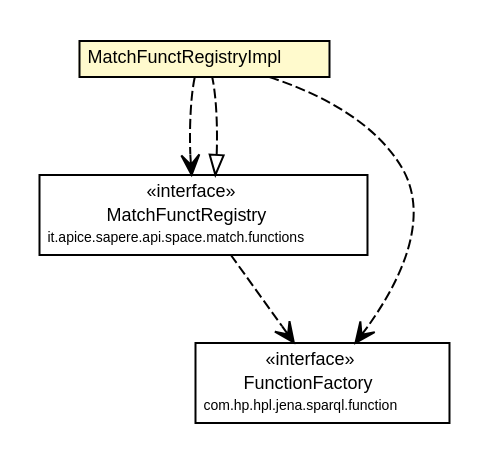
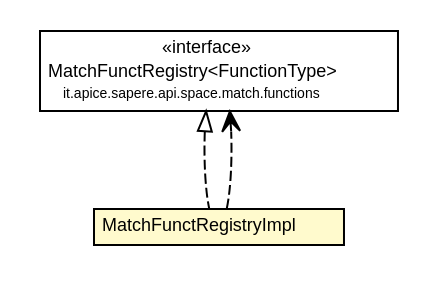
One commit to DanySK/Legacy-Contessi-Thesis-Semantic-Web-SAPERE changed the diagram in deployed-site/apidocs/it/apice/sapere/api/space/match/functions/impl/MatchFunctRegistryImpl.dot. Above: the diagram before and after it, drawn with Graphviz. The commit also changed 2056 other files, not shown here.

```diff
--- a/deployed-site/apidocs/it/apice/sapere/api/space/match/functions/impl/MatchFunctRegistryImpl.dot
+++ b/deployed-site/apidocs/it/apice/sapere/api/space/match/functions/impl/MatchFunctRegistryImpl.dot
@@ -1,40 +1,28 @@
 #!/usr/local/bin/dot
 #
 # Class diagram 
 # Generated by UmlGraph version 4.4 (http://www.spinellis.gr/sw/umlgraph)
 #
 
 digraph G {
 	edge [fontname="Helvetica",fontsize=10,labelfontname="Helvetica",labelfontsize=10];
 	node [fontname="Helvetica",fontsize=10,shape=plaintext];
+	// it.apice.sapere.api.space.match.functions.MatchFunctRegistry<FunctionType>
+	c59314 [label=<<table border="0" cellborder="1" cellspacing="0" cellpadding="2" port="p" href="../MatchFunctRegistry.html">
+		<tr><td><table border="0" cellspacing="0" cellpadding="1">
+			<tr><td> &laquo;interface&raquo; </td></tr>
+			<tr><td> MatchFunctRegistry&lt;FunctionType&gt; </td></tr>
+			<tr><td><font point-size="7.0"> it.apice.sapere.api.space.match.functions </font></td></tr>
+		</table></td></tr>
+		</table>>, fontname="Helvetica", fontcolor="black", fontsize=9.0];
 	// it.apice.sapere.api.space.match.functions.impl.MatchFunctRegistryImpl
-	c52498 [label=<<table border="0" cellborder="1" cellspacing="0" cellpadding="2" port="p" bgcolor="lemonChiffon" href="./MatchFunctRegistryImpl.html">
+	c59391 [label=<<table border="0" cellborder="1" cellspacing="0" cellpadding="2" port="p" bgcolor="lemonChiffon" href="./MatchFunctRegistryImpl.html">
 		<tr><td><table border="0" cellspacing="0" cellpadding="1">
 			<tr><td> MatchFunctRegistryImpl </td></tr>
 		</table></td></tr>
 		</table>>, fontname="Helvetica", fontcolor="black", fontsize=9.0];
-	// it.apice.sapere.api.space.match.functions.MatchFunctRegistry
-	c52499 [label=<<table border="0" cellborder="1" cellspacing="0" cellpadding="2" port="p" href="../MatchFunctRegistry.html">
-		<tr><td><table border="0" cellspacing="0" cellpadding="1">
-			<tr><td> &laquo;interface&raquo; </td></tr>
-			<tr><td> MatchFunctRegistry </td></tr>
-			<tr><td><font point-size="7.0"> it.apice.sapere.api.space.match.functions </font></td></tr>
-		</table></td></tr>
-		</table>>, fontname="Helvetica", fontcolor="black", fontsize=9.0];
-	//it.apice.sapere.api.space.match.functions.impl.MatchFunctRegistryImpl implements it.apice.sapere.api.space.match.functions.MatchFunctRegistry
-	c52499:p -> c52498:p [dir=back,arrowtail=empty,style=dashed];
-	// it.apice.sapere.api.space.match.functions.impl.MatchFunctRegistryImpl DEPEND it.apice.sapere.api.space.match.functions.MatchFunctRegistry
-	c52498:p -> c52499:p [taillabel="", label="", headlabel="", fontname="Helvetica", fontcolor="black", fontsize=10.0, color="black", arrowhead=open, style=dashed];
-	// it.apice.sapere.api.space.match.functions.impl.MatchFunctRegistryImpl DEPEND com.hp.hpl.jena.sparql.function.FunctionFactory
-	c52498:p -> c52564:p [taillabel="", label="", headlabel="", fontname="Helvetica", fontcolor="black", fontsize=10.0, color="black", arrowhead=open, style=dashed];
-	// it.apice.sapere.api.space.match.functions.MatchFunctRegistry DEPEND com.hp.hpl.jena.sparql.function.FunctionFactory
-	c52499:p -> c52564:p [taillabel="", label="", headlabel="", fontname="Helvetica", fontcolor="black", fontsize=10.0, color="black", arrowhead=open, style=dashed];
-	// com.hp.hpl.jena.sparql.function.FunctionFactory
-	c52564 [label=<<table border="0" cellborder="1" cellspacing="0" cellpadding="2" port="p" href="http://java.sun.com/j2se/1.4.2/docs/api/com/hp/hpl/jena/sparql/function/FunctionFactory.html">
-		<tr><td><table border="0" cellspacing="0" cellpadding="1">
-			<tr><td> &laquo;interface&raquo; </td></tr>
-			<tr><td> FunctionFactory </td></tr>
-			<tr><td><font point-size="7.0"> com.hp.hpl.jena.sparql.function </font></td></tr>
-		</table></td></tr>
-		</table>>, fontname="Helvetica", fontcolor="black", fontsize=9.0];
+	//it.apice.sapere.api.space.match.functions.impl.MatchFunctRegistryImpl implements it.apice.sapere.api.space.match.functions.MatchFunctRegistry<FunctionType>
+	c59314:p -> c59391:p [dir=back,arrowtail=empty,style=dashed];
+	// it.apice.sapere.api.space.match.functions.impl.MatchFunctRegistryImpl DEPEND it.apice.sapere.api.space.match.functions.MatchFunctRegistry<FunctionType>
+	c59391:p -> c59314:p [taillabel="", label="", headlabel="", fontname="Helvetica", fontcolor="black", fontsize=10.0, color="black", arrowhead=open, style=dashed];
 }
```
